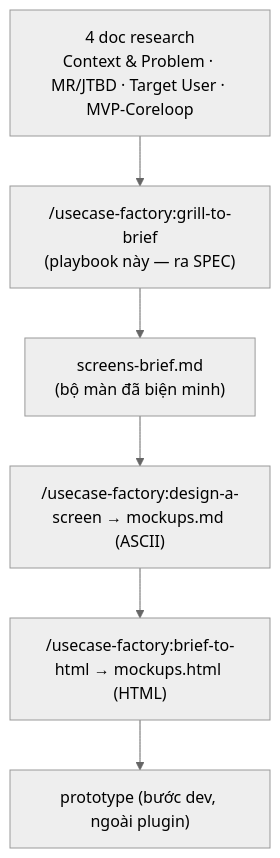
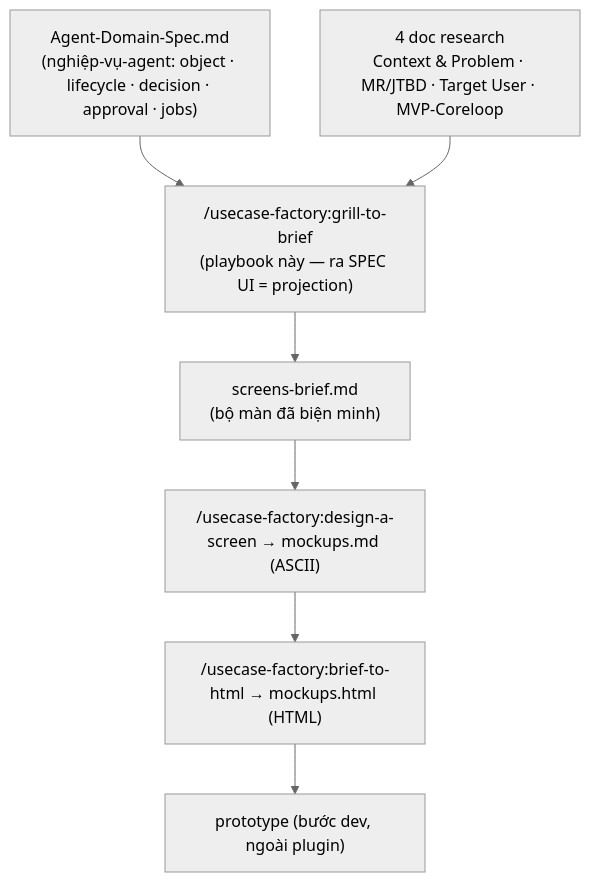
One commit to Tritintruong114/usecase-factory changed the diagram in skills/grill-to-brief/playbook.md. Above: the diagram before and after it, drawn with Mermaid (neutral theme). The commit also changed other lines of this file and 15 other files, not shown here.

First line of the commit message:
Add agent-domain-spec stage between run and grill-to-brief

````diff
--- a/skills/grill-to-brief/playbook.md
+++ b/skills/grill-to-brief/playbook.md
@@ -7,8 +9,9 @@
 ```mermaid
 flowchart TD
-    R["4 doc research<br/>Context & Problem · MR/JTBD · Target User · MVP-Coreloop"] --> G["/usecase-factory:grill-to-brief<br/>(playbook này — ra SPEC)"]
+    ADS["Agent-Domain-Spec.md<br/>(nghiệp-vụ-agent: object · lifecycle · decision · approval · jobs)"] --> G["/usecase-factory:grill-to-brief<br/>(playbook này — ra SPEC UI = projection)"]
+    R["4 doc research<br/>Context & Problem · MR/JTBD · Target User · MVP-Coreloop"] --> G
     G --> SB["screens-brief.md<br/>(bộ màn đã biện minh)"]
     SB --> DS["/usecase-factory:design-a-screen → mockups.md (ASCII)"]
     DS --> MH["/usecase-factory:brief-to-html → mockups.html (HTML)"]
     MH --> PT["prototype (bước dev, ngoài plugin)"]
 ```
````
